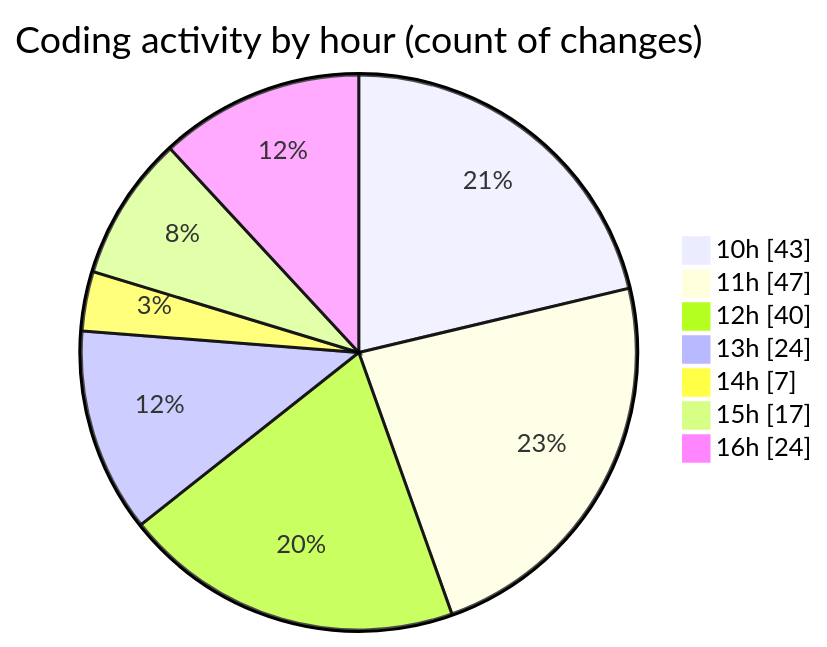
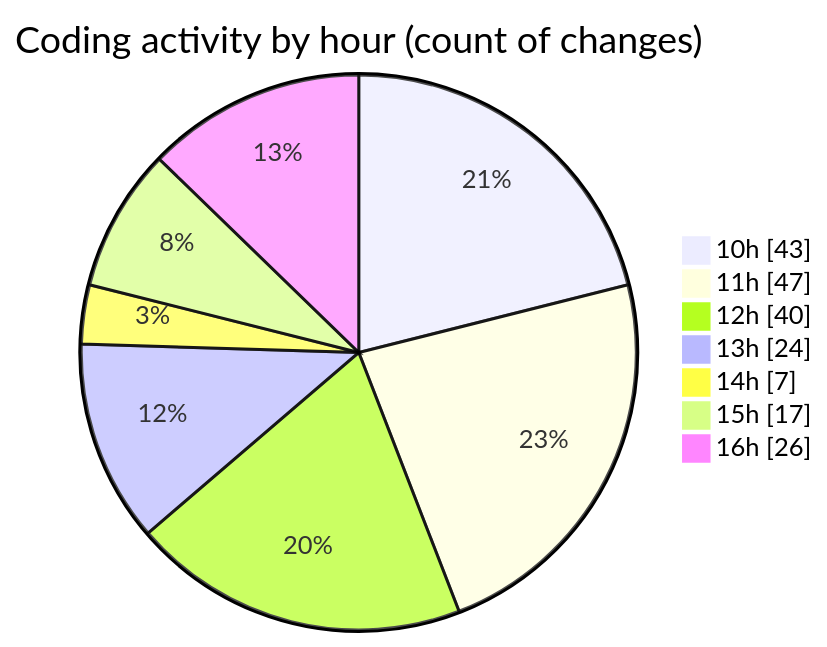
The second of 2 diagrams in 2025-02-10/cda/README.md (momahboobian/code-tracking), drawn with Mermaid before and after one commit. The commit also changed other lines of this file and 1 other file, not shown here.

````diff
--- a/2025-02-10/cda/README.md
+++ b/2025-02-10/cda/README.md
@@ -35,11 +35,11 @@
 ```mermaid
 pie showData
 title Coding activity by hour (count of changes)
 "10h" : 43
 "11h" : 47
 "12h" : 40
 "13h" : 24
 "14h" : 7
 "15h" : 17
-"16h" : 24
+"16h" : 26
 ```
````
